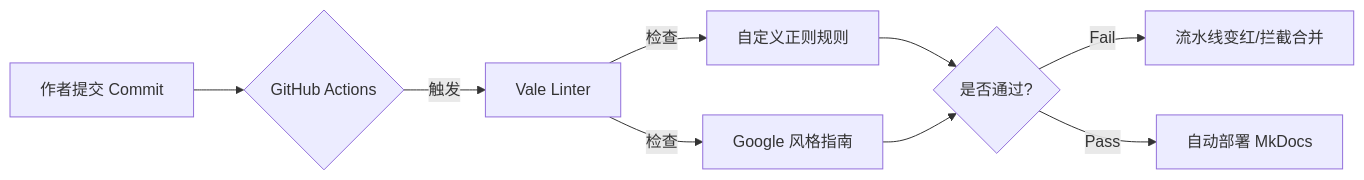
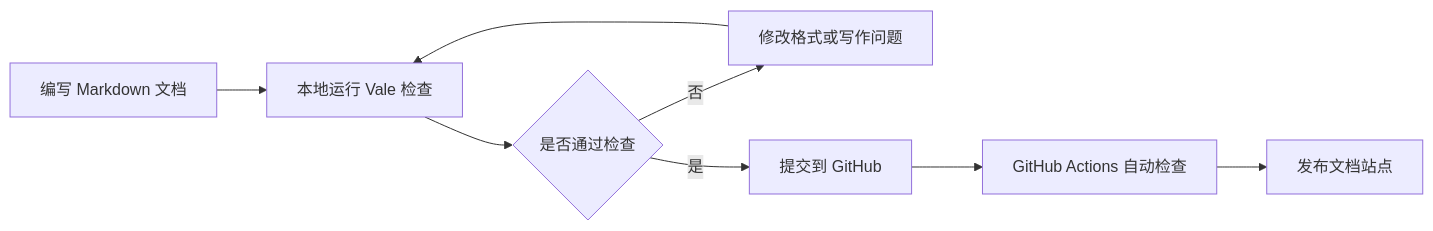
Before and after one commit to alison2fun/tech-docs-portfolio: the diagram in docs/01-automation.md, drawn with Mermaid. The commit also changed other lines of this file and 41 other files, not shown here.

````diff
--- a/docs/01-automation.md
+++ b/docs/01-automation.md
@@ -17,11 +60,10 @@
 ```mermaid
-graph LR
-    A[作者提交 Commit] --> B{GitHub Actions};
-    B -->|触发| C[Vale Linter];
-    C -->|检查| D[自定义正则规则];
-    C -->|检查| E[Google 风格指南];
-    D & E --> F{是否通过?};
-    F -->|Fail| G[流水线变红/拦截合并];
-    F -->|Pass| H[自动部署 MkDocs];
-   
-```   
+flowchart LR
+    A[编写 Markdown 文档] --> B[本地运行 Vale 检查]
+    B --> C{是否通过检查}
+    C -- 否 --> D[修改格式或写作问题]
+    D --> B
+    C -- 是 --> E[提交到 GitHub]
+    E --> F[GitHub Actions 自动检查]
+    F --> G[发布文档站点]
+```
````
